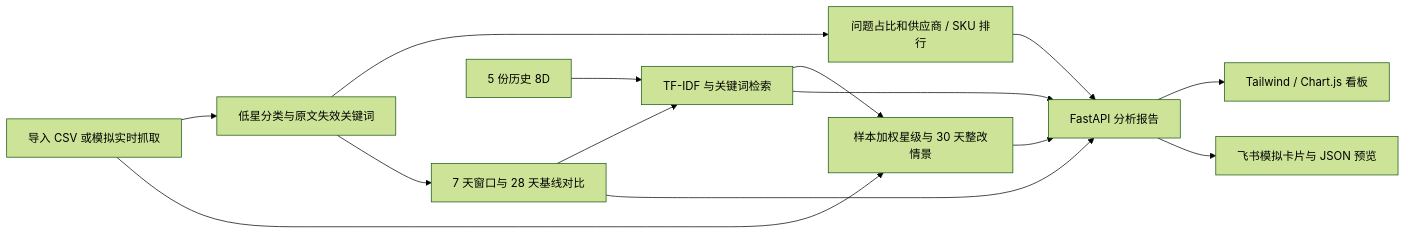
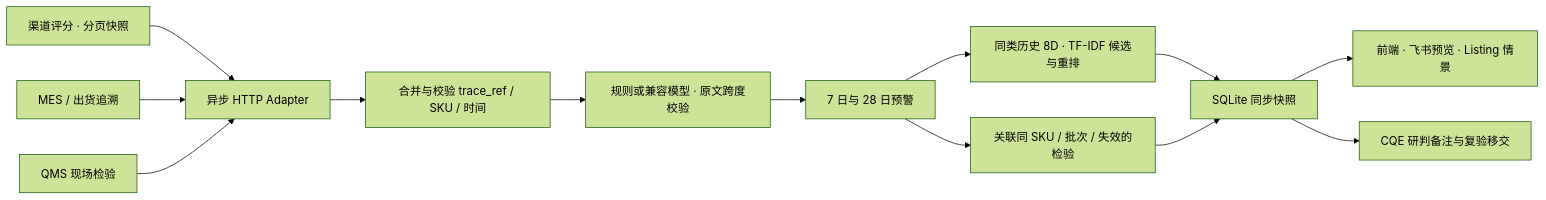
One commit to xiaodou905-netizen/crossborder-cqe-sentinel changed the diagram in README.md. Above: the diagram before and after it, drawn with Mermaid (forest theme). The commit also changed other lines of this file and 40 other files, not shown here.

````diff
--- a/README.md
+++ b/README.md
@@ -27,16 +47,15 @@
 ```mermaid
 flowchart LR
-    CSV["导入 CSV 或模拟实时抓取"] --> Tag["低星分类与原文失效关键词"]
-    CSV --> Listing["样本加权星级与 30 天整改情景"]
-    Tag --> Stats["问题占比和供应商 / SKU 排行"]
-    Tag --> Signal["7 天窗口与 28 天基线对比"]
-    KB["5 份历史 8D"] --> Search["TF-IDF 与关键词检索"]
-    Signal --> Search
-    Search --> Listing
-    Signal --> Report["FastAPI 分析报告"]
-    Stats --> Report
-    Search --> Report
-    Listing --> Report
-    Report --> Web["Tailwind / Chart.js 看板"]
-    Report --> Card["飞书模拟卡片与 JSON 预览"]
+    M["渠道评分 · 分页快照"] --> A["异步 HTTP Adapter"]
+    S["MES / 出货追溯"] --> A
+    Q["QMS 现场检验"] --> A
+    A --> J["合并与校验 trace_ref / SKU / 时间"]
+    J --> T["规则或兼容模型 · 原文跨度校验"]
+    T --> W["7 日与 28 日预警"]
+    W --> K["同类历史 8D · TF-IDF 候选与重排"]
+    W --> E["关联同 SKU / 批次 / 失效的检验"]
+    K --> P["SQLite 同步快照"]
+    E --> P
+    P --> UI["前端 · 飞书预览 · Listing 情景"]
+    P --> H["CQE 研判备注与复验移交"]
 ```
````
